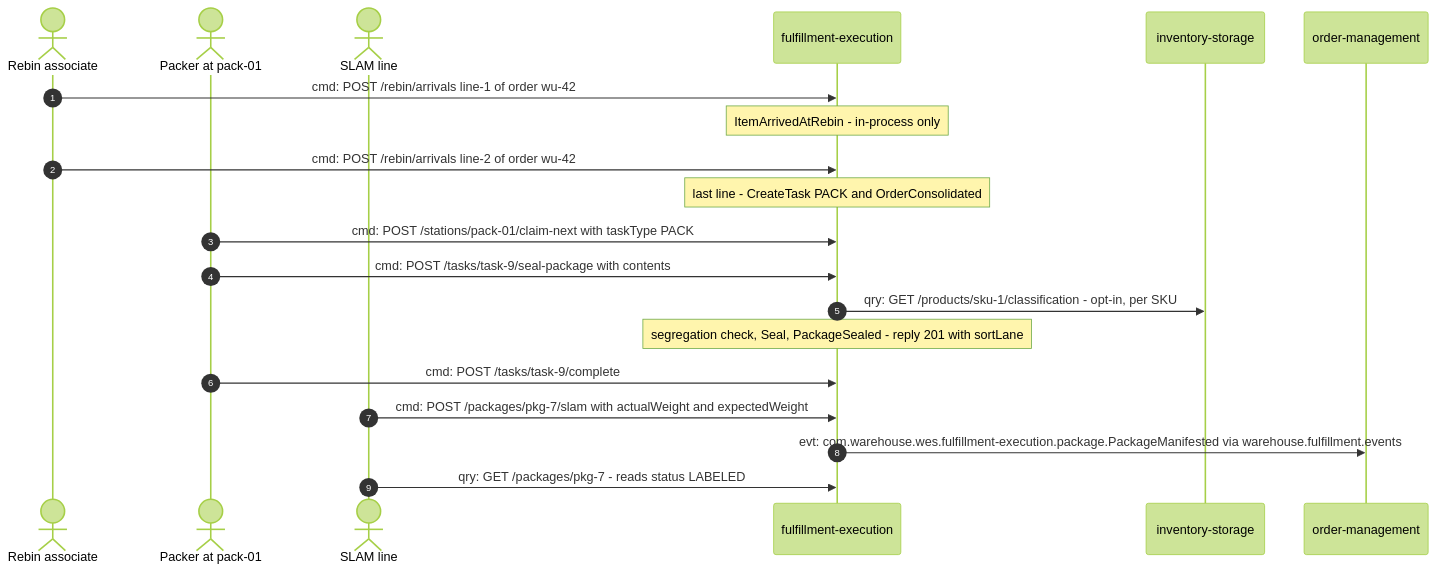
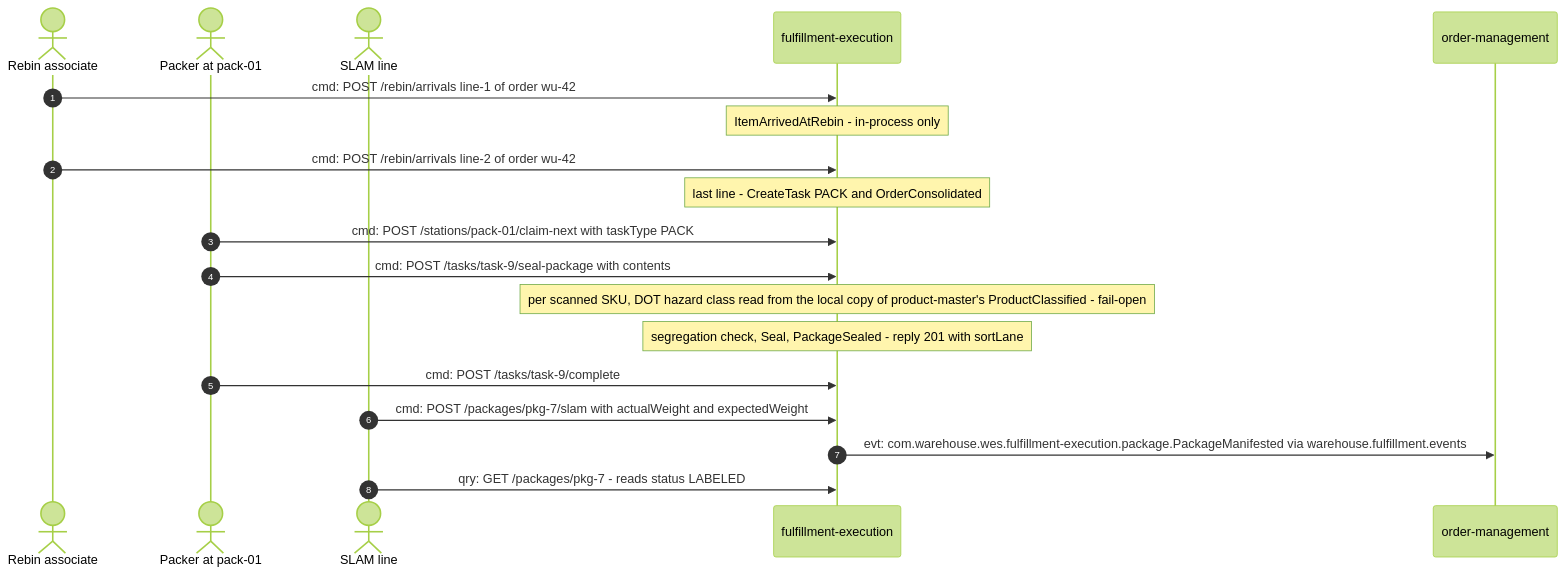
The second of 4 diagrams in docs/contexts/fulfillment-execution/domain-message-flow.md (IQVO/warehouse-docs), drawn with Mermaid (forest theme) before and after one commit. The commit also changed other lines of this file and 119 other files, not shown here.

Commit message:
docs: re-sync specs, packs and AsyncAPI from the fleet's develop after the product-master docs refresh

````diff
--- a/docs/contexts/fulfillment-execution/domain-message-flow.md
+++ b/docs/contexts/fulfillment-execution/domain-message-flow.md
@@ -63,22 +63,21 @@
 ```mermaid
 sequenceDiagram
     autonumber
     actor Rebinner as Rebin associate
     actor Packer as Packer at pack-01
     actor Slam as SLAM line
     participant FE as fulfillment-execution
-    participant IS as inventory-storage
     participant OM as order-management
     Rebinner->>FE: cmd: POST /rebin/arrivals line-1 of order wu-42
     Note over FE: ItemArrivedAtRebin - in-process only
     Rebinner->>FE: cmd: POST /rebin/arrivals line-2 of order wu-42
     Note over FE: last line - CreateTask PACK and OrderConsolidated
     Packer->>FE: cmd: POST /stations/pack-01/claim-next with taskType PACK
     Packer->>FE: cmd: POST /tasks/task-9/seal-package with contents
-    FE->>IS: qry: GET /products/sku-1/classification - opt-in, per SKU
+    Note over FE: per scanned SKU, DOT hazard class read from the local copy of product-master's ProductClassified - fail-open
     Note over FE: segregation check, Seal, PackageSealed - reply 201 with sortLane
     Packer->>FE: cmd: POST /tasks/task-9/complete
     Slam->>FE: cmd: POST /packages/pkg-7/slam with actualWeight and expectedWeight
     FE->>OM: evt: com.warehouse.wes.fulfillment-execution.package.PackageManifested via warehouse.fulfillment.events
     Slam->>FE: qry: GET /packages/pkg-7 - reads status LABELED
 ```
````
